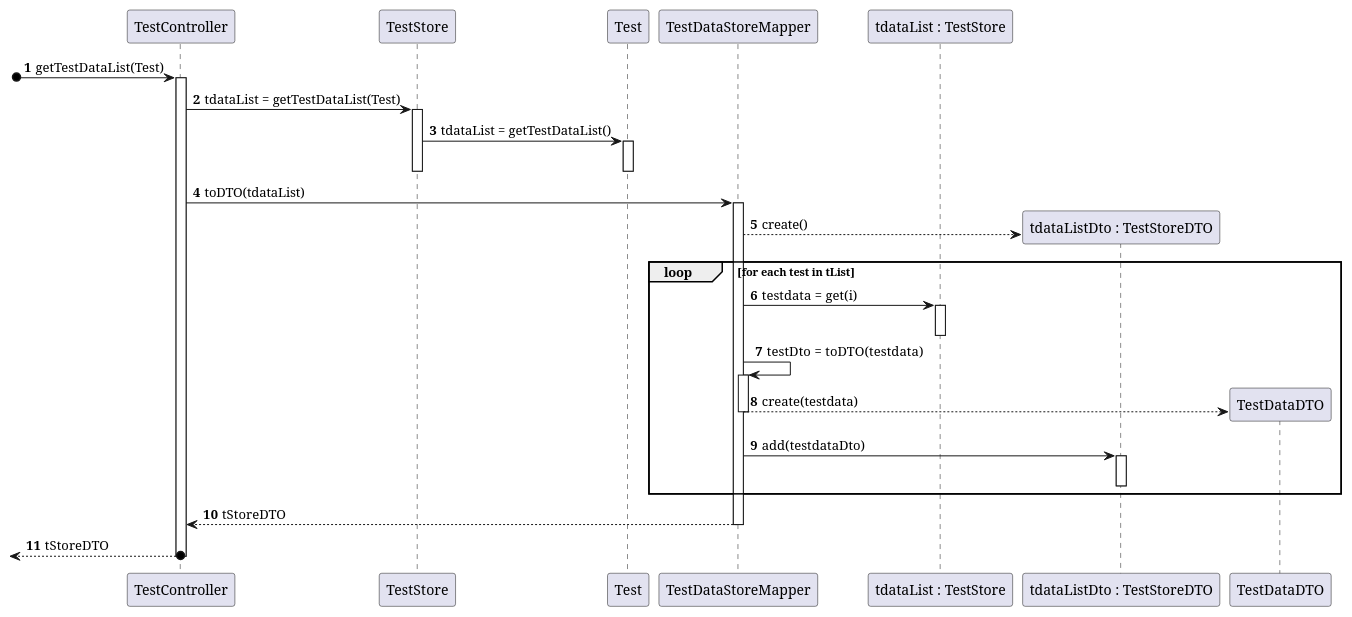
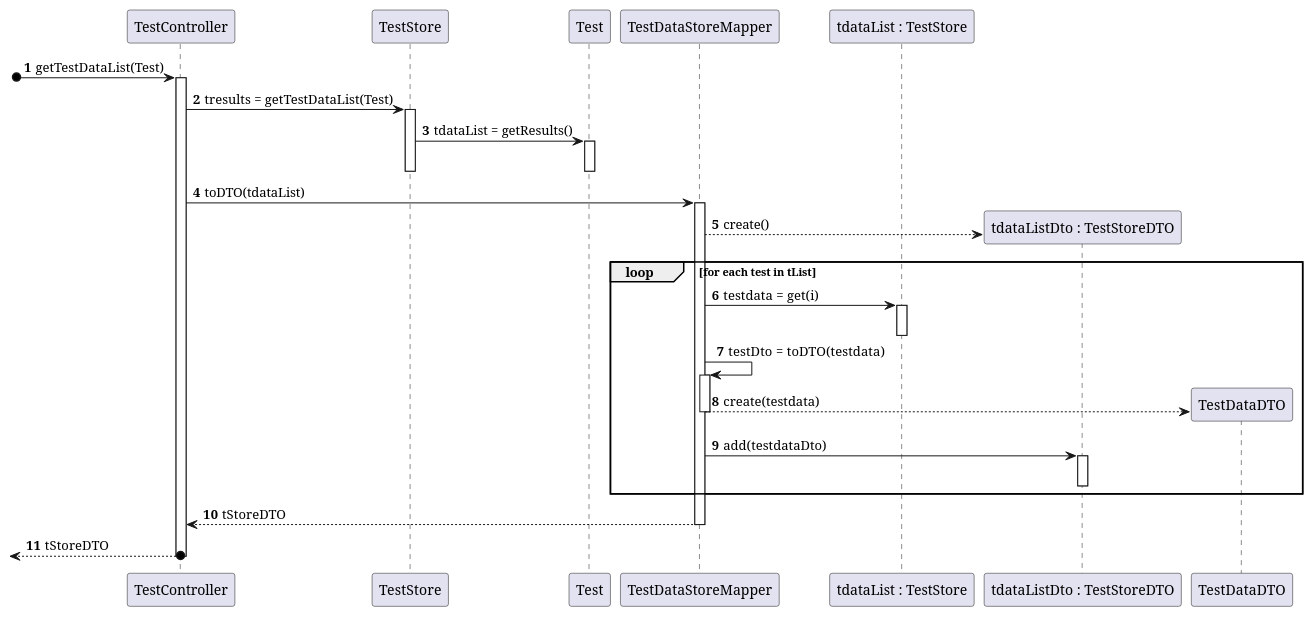
Before and after one commit to MarianaCLages/LAPR2: the diagram in docs/SprintC/US14/SD_TestDataDTO(Test).puml, drawn with PlantUML. The commit also changed 8 other files, not shown here.

```diff
--- a/docs/SprintC/US14/SD_TestDataDTO(Test).puml
+++ b/docs/SprintC/US14/SD_TestDataDTO(Test).puml
@@ -1,43 +1,43 @@
 @startuml
 'https://plantuml.com/sequence-diagram
 participant "TestController" as ctrl
 participant "TestStore" as tStore
 participant "Test" as Test
 participant "TestDataStoreMapper" as tStoreMapper
 participant "tdataList : TestStore" as tStore1
 participant "tdataListDto : TestStoreDTO" as tStoreDTO
 participant "TestDataDTO" as tDTO
 
 
 autonumber
 
 [o-> ctrl: getTestDataList(Test)
 activate ctrl
-ctrl -> tStore: tdataList = getTestDataList(Test)
+ctrl -> tStore: tresults = getTestDataList(Test)
 activate tStore
-tStore -> Test: tdataList = getTestDataList()
+tStore -> Test: tdataList = getResults()
 activate Test
 deactivate Test
 deactivate tStore
 
 ctrl -> tStoreMapper: toDTO(tdataList)
 activate tStoreMapper
 tStoreMapper --> tStoreDTO**: create()
 loop for each test in tList
     tStoreMapper -> tStore1: testdata = get(i)
     activate tStore1
     deactivate tStore1
     tStoreMapper -> tStoreMapper: testDto = toDTO(testdata)
     activate tStoreMapper
     tStoreMapper --> tDTO**: create(testdata)
     deactivate tStoreMapper
     tStoreMapper -> tStoreDTO: add(testdataDto)
     activate tStoreDTO
     deactivate tStoreDTO
 end
 tStoreMapper --> ctrl: tStoreDTO
 deactivate tStoreMapper
 return tStoreDTO
 deactivate ctrl
 deactivate tStore
 @enduml
```
